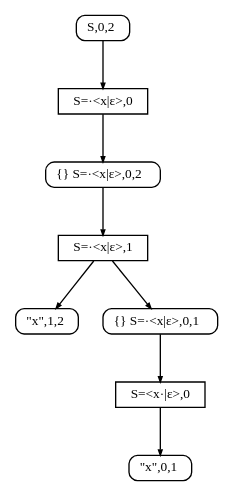
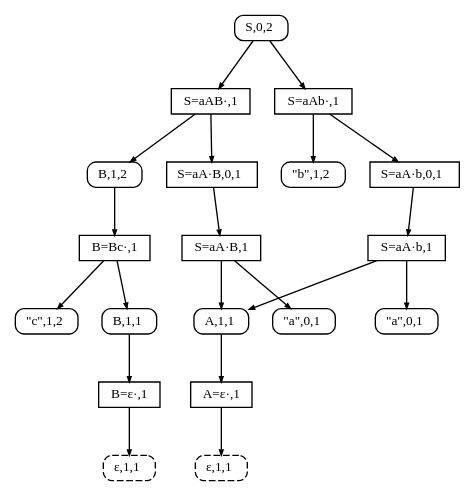
The diagram in SPPF.gv (JanWillemBrands/AoC2021), drawn with Graphviz before and after one commit. The commit also changed 25 other files, not shown here.

```diff
--- a/SPPF.gv
+++ b/SPPF.gv
@@ -1,23 +1,46 @@
 digraph SPPF {
   fontname = Menlo
   fontsize = 10
   node [fontname = Menlo, fontsize = 10]
   edge [arrowsize = 0.4]
   rankdir = "TB"
   ordering = out
   n0 [shape = box, style = rounded, width=0.0, height=0.0, label = <S,0,2>]
-  n1 [shape = rectangle, width=0.0, height=0.0, label = "S=·&lt;x|ε&gt;,0"]
-  n2 [shape = box, style = rounded, width=0.0, height=0.0, label = <{} S=·&lt;x|ε&gt;,0,2>]
-  n3 [shape = rectangle, width=0.0, height=0.0, label = "S=·&lt;x|ε&gt;,1"]
-  n4 [shape = box, style = rounded, width=0.0, height=0.0, label = <"x",1,2>]
-  n5 [shape = box, style = rounded, width=0.0, height=0.0, label = <{} S=·&lt;x|ε&gt;,0,1>]
-  n6 [shape = rectangle, width=0.0, height=0.0, label = "S=&lt;x·|ε&gt;,0"]
-  n7 [shape = box, style = rounded, width=0.0, height=0.0, label = <"x",0,1>]
+  n1 [shape = rectangle, width=0.0, height=0.0, label = "S=aAB·,1"]
+  n2 [shape = rectangle, width=0.0, height=0.0, label = "S=aAb·,1"]
+  n3 [shape = box, style = rounded, width=0.0, height=0.0, label = <B,1,2>]
+  n4 [shape = rectangle, width=0.0, height=0.0, label = <S=aA·B,0,1>]
+  n5 [shape = box, style = rounded, width=0.0, height=0.0, label = <"b",1,2>]
+  n6 [shape = rectangle, width=0.0, height=0.0, label = <S=aA·b,0,1>]
+  n7 [shape = rectangle, width=0.0, height=0.0, label = "B=Bc·,1"]
+  n8 [shape = rectangle, width=0.0, height=0.0, label = "S=aA·B,1"]
+  n9 [shape = rectangle, width=0.0, height=0.0, label = "S=aA·b,1"]
+  n10 [shape = box, style = rounded, width=0.0, height=0.0, label = <"c",1,2>]
+  n11 [shape = box, style = rounded, width=0.0, height=0.0, label = <B,1,1>]
+  n12 [shape = box, style = rounded, width=0.0, height=0.0, label = <A,1,1>]
+  n13 [shape = box, style = rounded, width=0.0, height=0.0, label = <"a",0,1>]
+  n14 [shape = box, style = rounded, width=0.0, height=0.0, label = <"a",0,1>]
+  n15 [shape = rectangle, width=0.0, height=0.0, label = "B=ε·,1"]
+  n16 [shape = rectangle, width=0.0, height=0.0, label = "A=ε·,1"]
+  n17 [shape = box, style = "rounded, dashed", width=0.0, height=0.0, label = <ε,1,1>]
+  n18 [shape = box, style = "rounded, dashed", width=0.0, height=0.0, label = <ε,1,1>]
   n0 -> n1
-  n1 -> n2
-  n2 -> n3
-  n3 -> n4
-  n3 -> n5
-  n5 -> n6
-  n6 -> n7
+  n0 -> n2
+  n1 -> n3
+  n1 -> n4
+  n2 -> n5
+  n2 -> n6
+  n3 -> n7
+  n4 -> n8
+  n6 -> n9
+  n7 -> n10
+  n7 -> n11
+  n8 -> n12
+  n8 -> n13
+  n9 -> n12
+  n9 -> n14
+  n11 -> n15
+  n12 -> n16
+  n15 -> n17
+  n16 -> n18
 }
```
